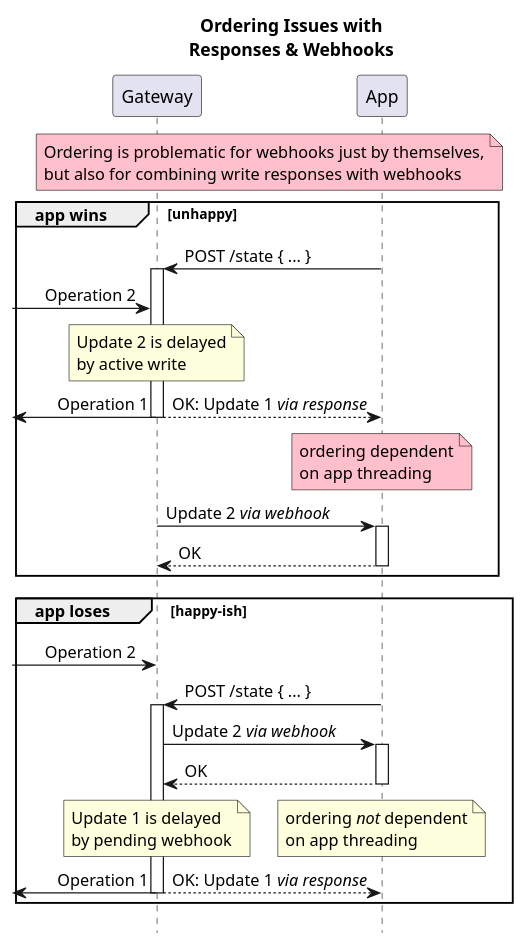
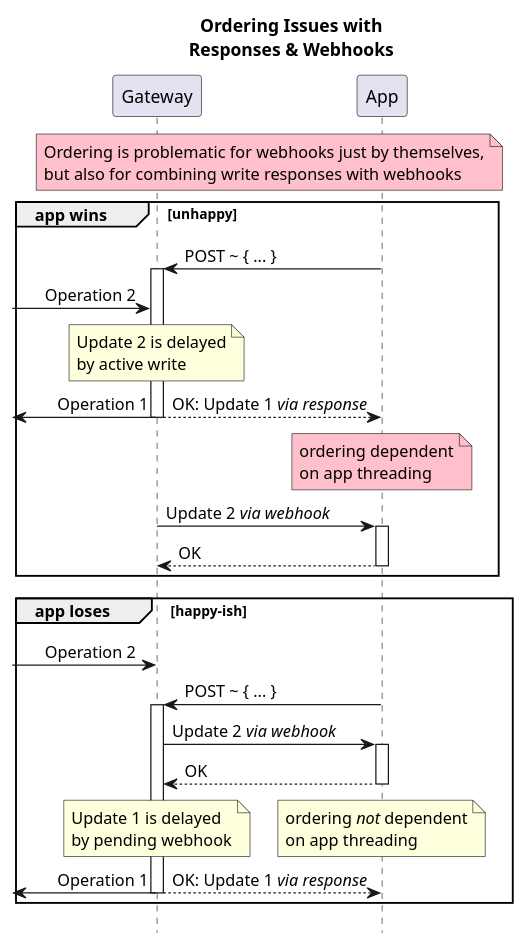
One commit to m-ld/m-ld-gateway changed the diagram in architecture/api/http/x-update-webhook.seq.puml. Above: the diagram before and after it, drawn with PlantUML. The commit also changed 27 other files, not shown here.

```diff
--- a/architecture/api/http/x-update-webhook.seq.puml
+++ b/architecture/api/http/x-update-webhook.seq.puml
@@ -1,44 +1,44 @@
 @startuml
 'https://plantuml.com/sequence-diagram
 !pragma teoz true
 hide footbox
 
 title
 Ordering Issues with
 Responses & Webhooks
 end title
 
 note across #pink
 Ordering is problematic for webhooks just by themselves,
 but also for combining write responses with webhooks
 end note
 
 participant Gateway as gw
 participant "App" as app
 
 group app wins [unhappy]
-app -> gw ++: POST /state { ... }
+app -> gw ++: POST \~ { ... }
 -> gw: Operation 2
 note over gw: Update 2 is delayed\nby active write
 return OK: Update 1 //via response//
 & <- gw: Operation 1
 note over app #pink
 ordering dependent
 on app threading
 end note
 gw -> app ++: Update 2 //via webhook//
 return OK
 end group
 
 group app loses [happy-ish]
 -> gw: Operation 2
-app -> gw ++: POST /state { ... }
+app -> gw ++: POST \~ { ... }
 gw -> app ++: Update 2 //via webhook//
 return OK
 note over gw: Update 1 is delayed\nby pending webhook
 & note over app: ordering //not// dependent\non app threading
 return OK: Update 1 //via response//
 & <- gw: Operation 1
 end group
 
 @enduml
```
